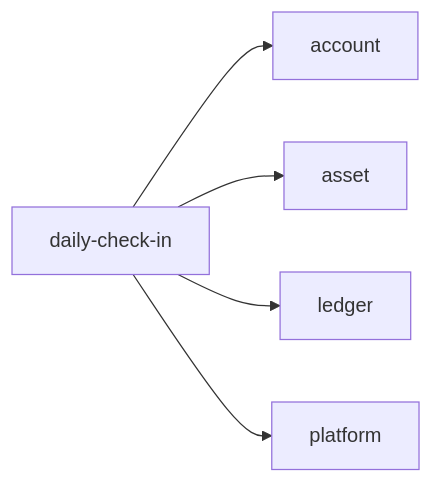
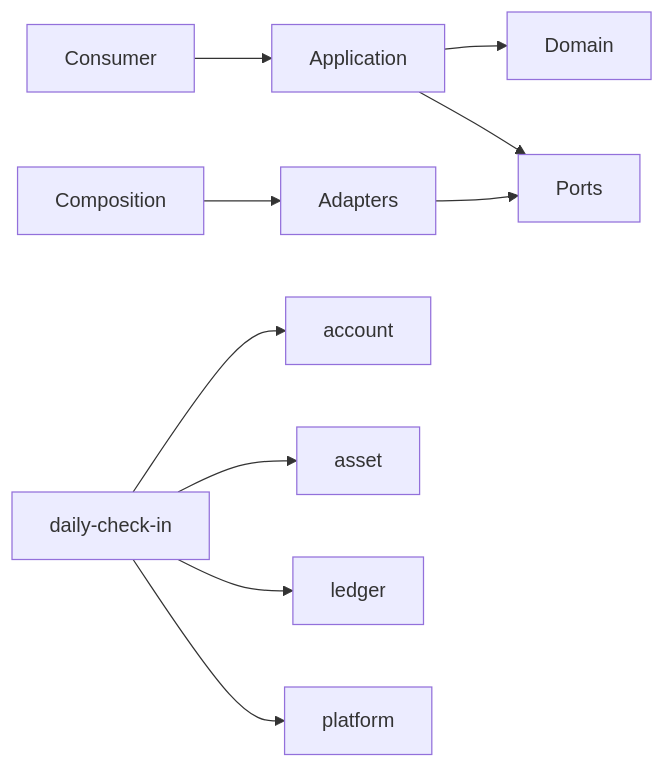
Before and after one commit to 963sup/Line_Bot_v1: the third of 3 diagrams in packages/daily-check-in/ARCHITECTURE.md, drawn with Mermaid. The commit also changed other lines of this file and 40 other files, not shown here.

Commit message:
docs: compact owner architecture cards

````diff
--- a/packages/daily-check-in/ARCHITECTURE.md
+++ b/packages/daily-check-in/ARCHITECTURE.md
@@ -30,7 +33,12 @@
 ```mermaid
 flowchart LR
+  Consumer[Consumer] --> Application[Application]
+  Application --> Domain[Domain]
+  Application --> Ports[Ports]
+  Composition[Composition] --> Adapters[Adapters]
+  Adapters --> Ports
   daily-check-in --> account
   daily-check-in --> asset
   daily-check-in --> ledger
   daily-check-in --> platform
 ```
````
